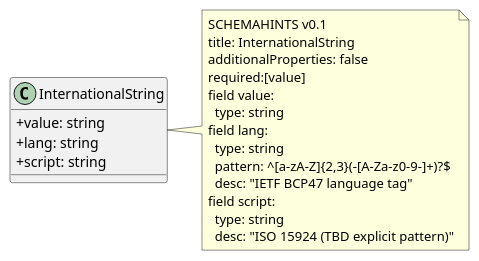
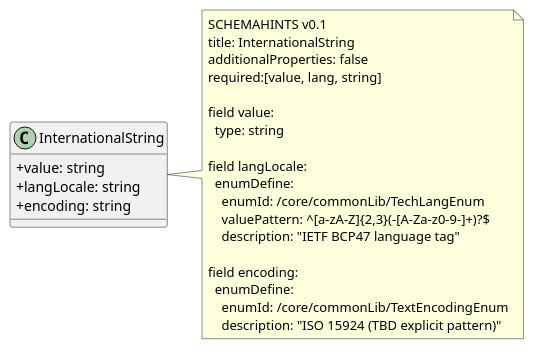
The diagram in packages/core/puml/commonLib/InternationalString.puml (decentralized-identity/hatpro-schema-temp), drawn with PlantUML before and after one commit. The commit also changed 90 other files, not shown here.

Commit message:
chore: sync local work (tools, scripts, schemas, examples)

```diff
--- a/packages/core/puml/commonLib/InternationalString.puml
+++ b/packages/core/puml/commonLib/InternationalString.puml
@@ -2,23 +2,28 @@
 @startuml
 skinparam classAttributeIconSize 0
 class InternationalString {
   +value: string
-  +lang: string
-  +script: string
+  +langLocale: string
+  +encoding: string
 }
 note right of InternationalString
 SCHEMAHINTS v0.1
 title: InternationalString
 additionalProperties: false
-required:[value]
+required:[value, lang, string]
+
 field value:
   type: string
-field lang:
-  type: string
-  pattern: ^[a-zA-Z]{2,3}(-[A-Za-z0-9-]+)?$
-  desc: "IETF BCP47 language tag"
-field script:
-  type: string
-  desc: "ISO 15924 (TBD explicit pattern)"
+
+field langLocale:
+  enumDefine:
+    enumId: /core/commonLib/TechLangEnum
+    valuePattern: ^[a-zA-Z]{2,3}(-[A-Za-z0-9-]+)?$
+    description: "IETF BCP47 language tag"
+
+field encoding:
+  enumDefine:
+    enumId: /core/commonLib/TextEncodingEnum
+    description: "ISO 15924 (TBD explicit pattern)"
 end note
 @enduml
```
